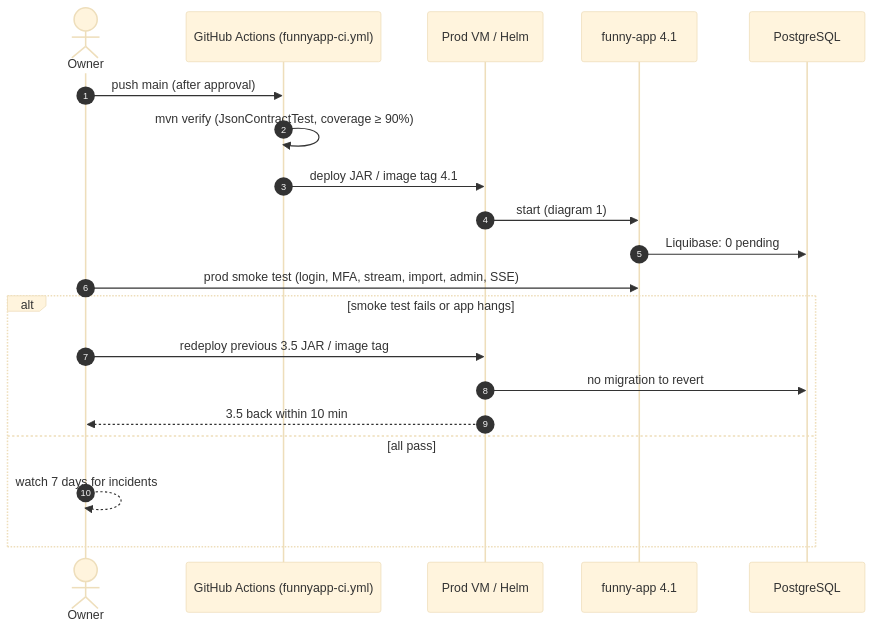
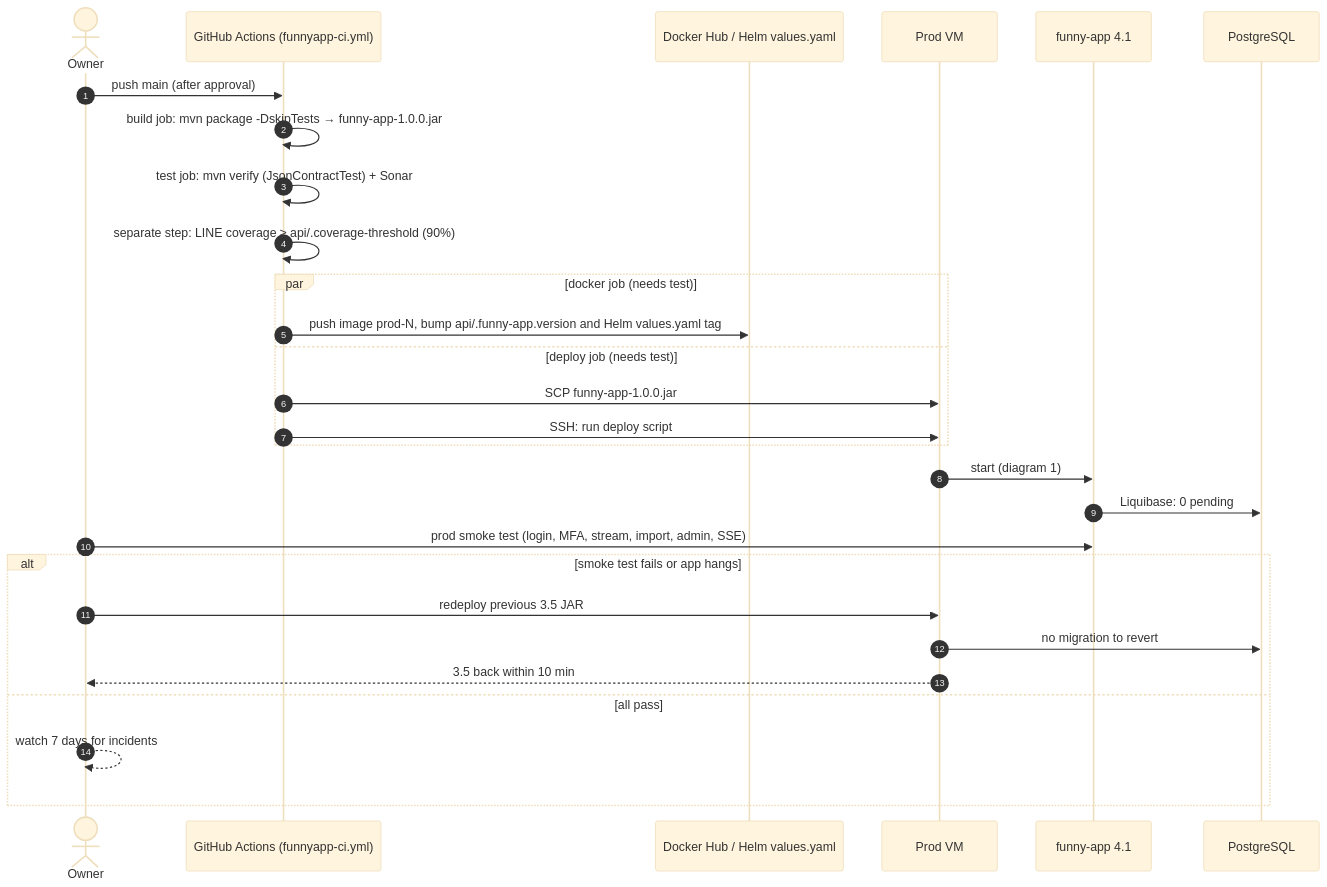
Before and after one commit to nguyenhuuca/assessment: the sixth of 6 diagrams in docs/sequence/sequence-spring-boot-4-upgrade.md, drawn with Mermaid (base theme). The commit also changed other lines of this file and 16 other files, not shown here.

First line of the commit message:
docs(sequence): bring all sequence diagrams in line with the current code

````diff
--- a/docs/sequence/sequence-spring-boot-4-upgrade.md
+++ b/docs/sequence/sequence-spring-boot-4-upgrade.md
@@ -145,23 +149,31 @@
 ```mermaid
 sequenceDiagram
     autonumber
     actor O as Owner
     participant GH as GitHub Actions (funnyapp-ci.yml)
-    participant VM as Prod VM / Helm
+    participant REG as Docker Hub / Helm values.yaml
+    participant VM as Prod VM
     participant APP as funny-app 4.1
     participant DB as PostgreSQL
 
     O->>GH: push main (after approval)
-    GH->>GH: mvn verify (JsonContractTest, coverage ≥ 90%)
-    GH->>VM: deploy JAR / image tag 4.1
+    GH->>GH: build job: mvn package -DskipTests → funny-app-1.0.0.jar
+    GH->>GH: test job: mvn verify (JsonContractTest) + Sonar
+    GH->>GH: separate step: LINE coverage ≥ api/.coverage-threshold (90%)
+    par docker job (needs test)
+        GH->>REG: push image prod-N, bump api/.funny-app.version and Helm values.yaml tag
+    and deploy job (needs test)
+        GH->>VM: SCP funny-app-1.0.0.jar
+        GH->>VM: SSH: run deploy script
+    end
     VM->>APP: start (diagram 1)
     APP->>DB: Liquibase: 0 pending
     O->>APP: prod smoke test (login, MFA, stream, import, admin, SSE)
     alt smoke test fails or app hangs
-        O->>VM: redeploy previous 3.5 JAR / image tag
+        O->>VM: redeploy previous 3.5 JAR
         VM->>DB: no migration to revert
         VM-->>O: 3.5 back within 10 min
     else all pass
         O-->>O: watch 7 days for incidents
     end
 ```
````
